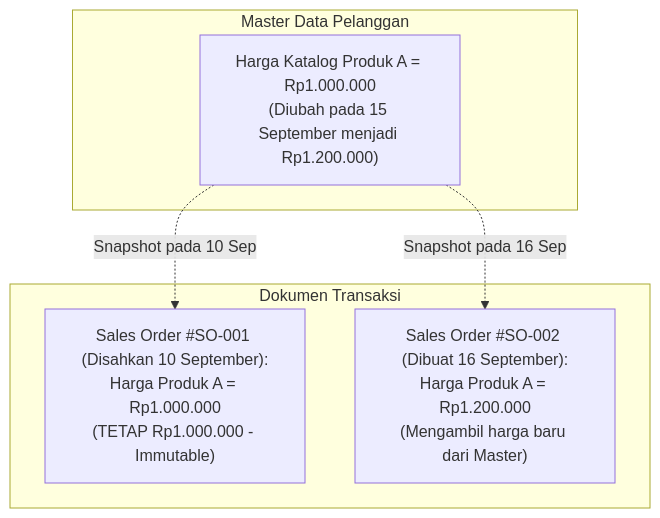
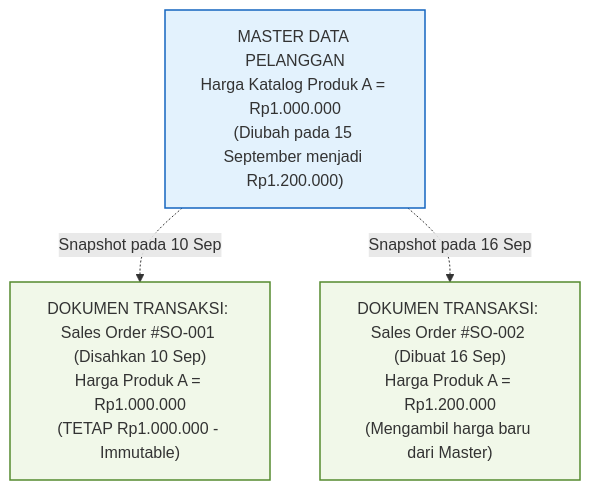
One commit to alimurrofid/erp-notes changed the second of 2 diagrams in content/03-sales/customer-and-sales-master-data.md. Above: the diagram before and after it, drawn with Mermaid. The commit also changed 58 other files, not shown here.

Commit message:
fix(content):Mermaid Subgraph

````diff
--- a/content/03-sales/customer-and-sales-master-data.md
+++ b/content/03-sales/customer-and-sales-master-data.md
@@ -115,14 +115,15 @@
 ```mermaid
 flowchart TD
-    subgraph MasterData["Master Data Pelanggan"]
-        M1["Harga Katalog Produk A = Rp1.000.000<br/>(Diubah pada 15 September menjadi Rp1.200.000)"]
-    end
+    M1["MASTER DATA PELANGGAN<br/>Harga Katalog Produk A = Rp1.000.000<br/>(Diubah pada 15 September menjadi Rp1.200.000)"]
 
-    subgraph TransactionData["Dokumen Transaksi"]
-        T1["Sales Order #SO-001 (Disahkan 10 September):<br/>Harga Produk A = Rp1.000.000<br/>(TETAP Rp1.000.000 - Immutable)"]
-        T2["Sales Order #SO-002 (Dibuat 16 September):<br/>Harga Produk A = Rp1.200.000<br/>(Mengambil harga baru dari Master)"]
-    end
+    T1["DOKUMEN TRANSAKSI: Sales Order #SO-001 (Disahkan 10 Sep)<br/>Harga Produk A = Rp1.000.000<br/>(TETAP Rp1.000.000 - Immutable)"]
+    T2["DOKUMEN TRANSAKSI: Sales Order #SO-002 (Dibuat 16 Sep)<br/>Harga Produk A = Rp1.200.000<br/>(Mengambil harga baru dari Master)"]
 
     M1 -.->|Snapshot pada 10 Sep| T1
     M1 -.->|Snapshot pada 16 Sep| T2
+
+    classDef master fill:#e3f2fd,stroke:#1565c0,stroke-width:1.5px;
+    classDef trans fill:#f1f8e9,stroke:#558b2f,stroke-width:1.5px;
+    class M1 master;
+    class T1,T2 trans;
 ```
````
